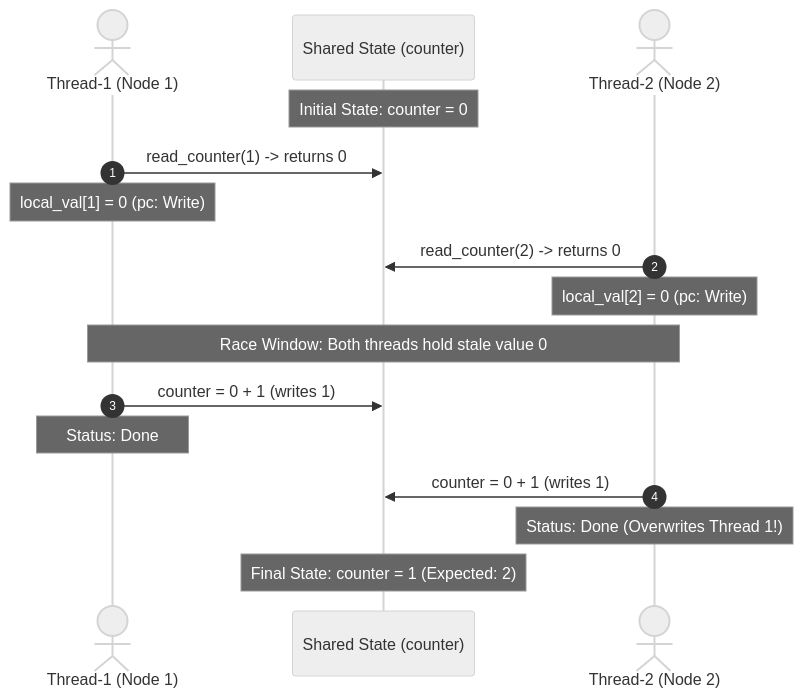
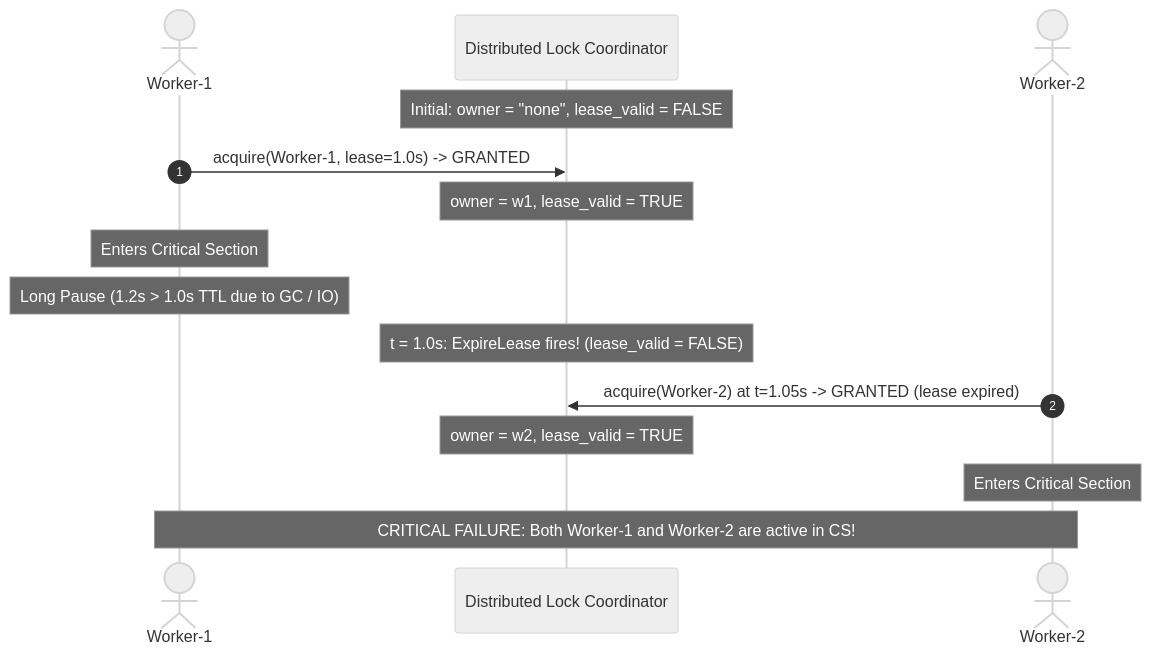
Before and after one commit to Trace-Proof-Org/PoC: the second of 2 diagrams in README.md, drawn with Mermaid (neutral theme). The commit also changed other lines of this file and 1 other file, not shown here.

````diff
--- a/README.md
+++ b/README.md
@@ -212,19 +117,18 @@
 ```mermaid
 sequenceDiagram
     autonumber
-    actor T1 as Thread-1 (Node 1)
-    participant C as Shared State (counter)
-    actor T2 as Thread-2 (Node 2)
+    actor W1 as Worker-1
+    participant L as Distributed Lock Coordinator
+    actor W2 as Worker-2
 
-    Note over C: Initial State: counter = 0
-    T1->>C: read_counter(1) -> returns 0
-    Note over T1: local_val[1] = 0 (pc: Write)
-    T2->>C: read_counter(2) -> returns 0
-    Note over T2: local_val[2] = 0 (pc: Write)
-    Note over T1,T2: Race Window: Both threads hold stale value 0
-    T1->>C: counter = 0 + 1 (writes 1)
-    Note over T1: Status: Done
-    T2->>C: counter = 0 + 1 (writes 1)
-    Note over T2: Status: Done (Overwrites Thread 1!)
-    Note over C: Final State: counter = 1 (Expected: 2)
+    Note over L: Initial: owner = "none", lease_valid = FALSE
+    W1->>L: acquire(Worker-1, lease=1.0s) -> GRANTED
+    Note over L: owner = w1, lease_valid = TRUE
+    Note over W1: Enters Critical Section
+    Note over W1: Long Pause (1.2s > 1.0s TTL due to GC / IO)
+    Note over L: t = 1.0s: ExpireLease fires! (lease_valid = FALSE)
+    W2->>L: acquire(Worker-2) at t=1.05s -> GRANTED (lease expired)
+    Note over L: owner = w2, lease_valid = TRUE
+    Note over W2: Enters Critical Section
+    Note over W1,W2: CRITICAL FAILURE: Both Worker-1 and Worker-2 are active in CS!
 ```
````
